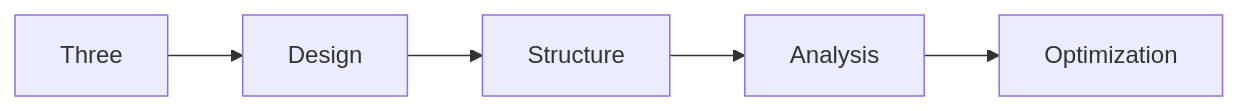
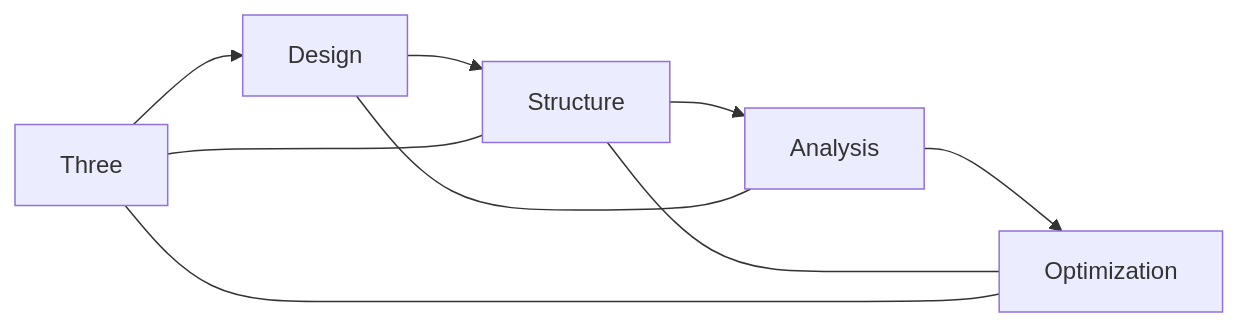
One commit to docxology/School_of_Tomorrow changed the fourth of 6 diagrams in formalisms/numbers/3.md. Above: the diagram before and after it, drawn with Mermaid. The commit also changed other lines of this file and 8 other files, not shown here.

````diff
--- a/formalisms/numbers/3.md
+++ b/formalisms/numbers/3.md
@@ -153,7 +160,12 @@
 ```mermaid
 graph LR
     A[Three] --> B[Design]
     B --> C[Structure]
     C --> D[Analysis]
     D --> E[Optimization]
+    
+    A --- C
+    B --- D
+    C --- E
+    A --- E
 ```
````
